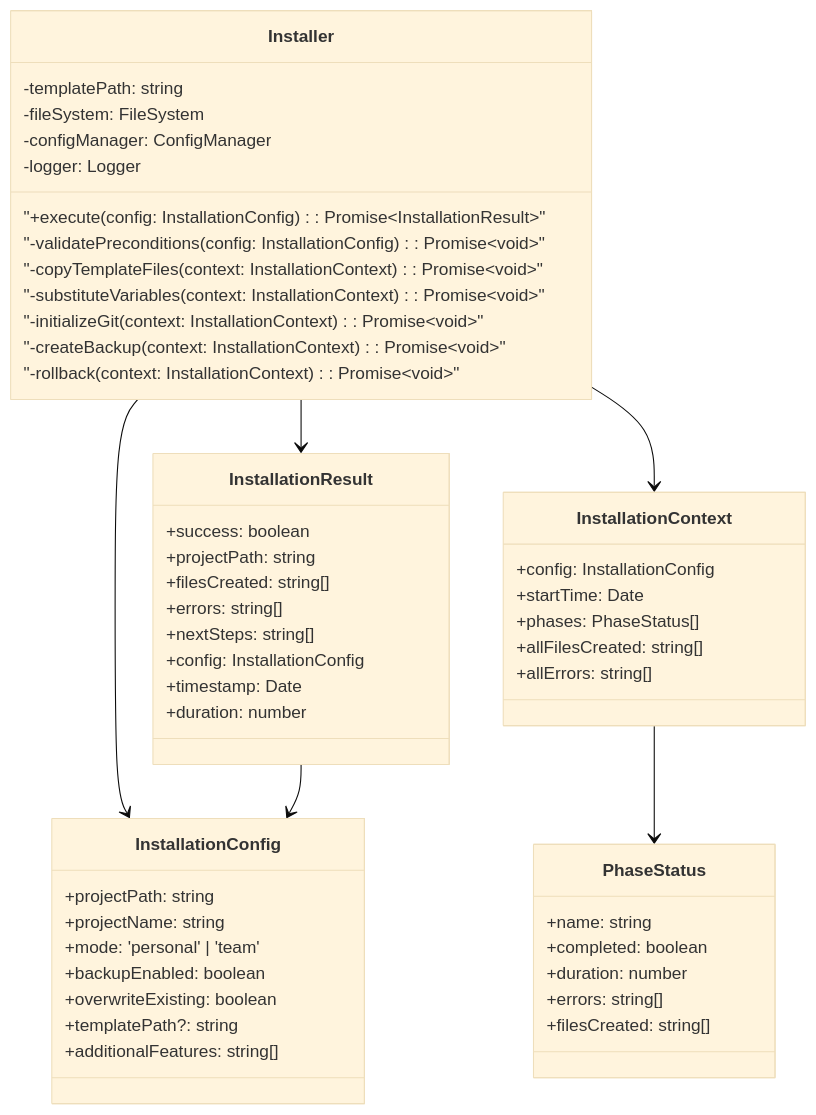
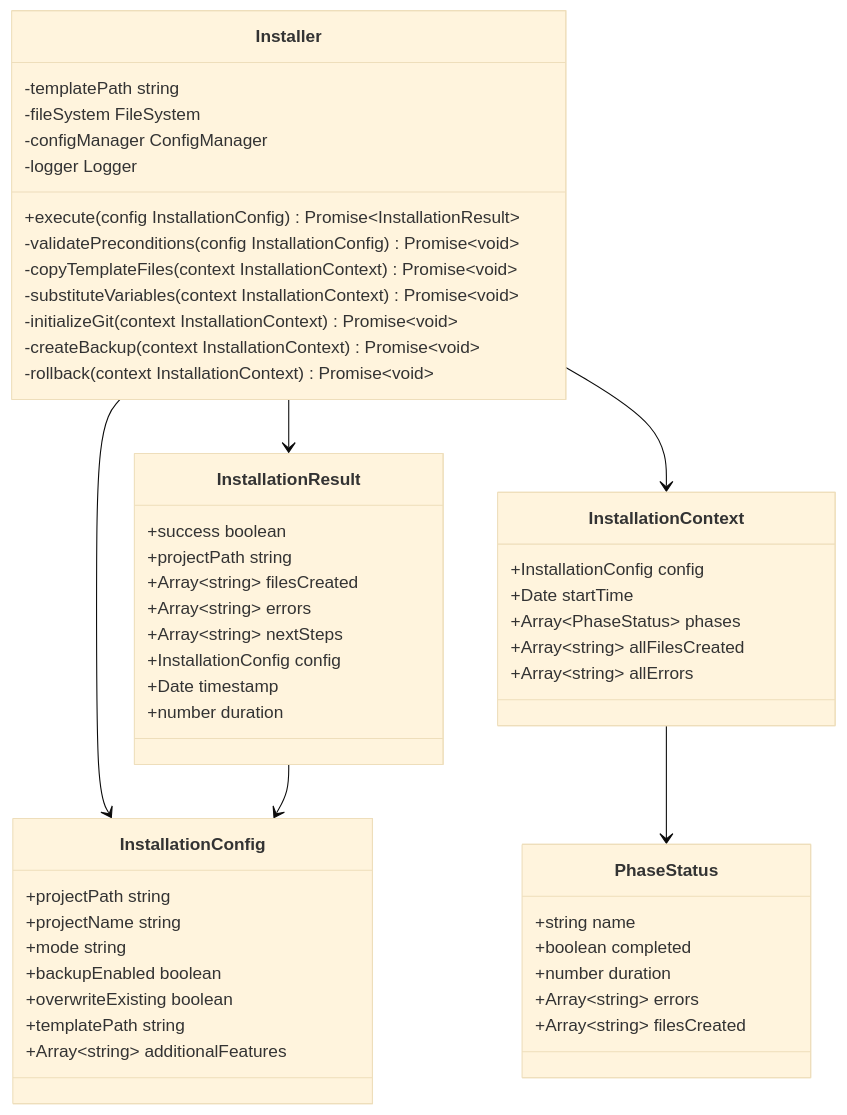
Before and after one commit to modu-ai/moai-adk: the second of 9 diagrams in docs/reference/core-modules.md, drawn with Mermaid (base theme). The commit also changed other lines of this file and 447 other files, not shown here.

````diff
--- a/docs/reference/core-modules.md
+++ b/docs/reference/core-modules.md
@@ -93,59 +93,59 @@
 ```mermaid
 classDiagram
     class Installer {
-        -templatePath: string
-        -fileSystem: FileSystem
-        -configManager: ConfigManager
-        -logger: Logger
-        "+execute(config: InstallationConfig): Promise~InstallationResult~"
-        "-validatePreconditions(config: InstallationConfig): Promise~void~"
-        "-copyTemplateFiles(context: InstallationContext): Promise~void~"
-        "-substituteVariables(context: InstallationContext): Promise~void~"
-        "-initializeGit(context: InstallationContext): Promise~void~"
-        "-createBackup(context: InstallationContext): Promise~void~"
-        "-rollback(context: InstallationContext): Promise~void~"
+        -templatePath string
+        -fileSystem FileSystem
+        -configManager ConfigManager
+        -logger Logger
+        +execute(config InstallationConfig) Promise~InstallationResult~
+        -validatePreconditions(config InstallationConfig) Promise~void~
+        -copyTemplateFiles(context InstallationContext) Promise~void~
+        -substituteVariables(context InstallationContext) Promise~void~
+        -initializeGit(context InstallationContext) Promise~void~
+        -createBackup(context InstallationContext) Promise~void~
+        -rollback(context InstallationContext) Promise~void~
     }
 
     class InstallationConfig {
-        +projectPath: string
-        +projectName: string
-        +mode: 'personal' | 'team'
-        +backupEnabled: boolean
-        +overwriteExisting: boolean
-        +templatePath?: string
-        +additionalFeatures: string[]
+        +projectPath string
+        +projectName string
+        +mode string
+        +backupEnabled boolean
+        +overwriteExisting boolean
+        +templatePath string
+        +Array~string~ additionalFeatures
     }
 
     class InstallationResult {
-        +success: boolean
-        +projectPath: string
-        +filesCreated: string[]
-        +errors: string[]
-        +nextSteps: string[]
-        +config: InstallationConfig
-        +timestamp: Date
-        +duration: number
+        +success boolean
+        +projectPath string
+        +Array~string~ filesCreated
+        +Array~string~ errors
+        +Array~string~ nextSteps
+        +InstallationConfig config
+        +Date timestamp
+        +number duration
     }
 
     class InstallationContext {
-        +config: InstallationConfig
-        +startTime: Date
-        +phases: PhaseStatus[]
-        +allFilesCreated: string[]
-        +allErrors: string[]
+        +InstallationConfig config
+        +Date startTime
+        +Array~PhaseStatus~ phases
+        +Array~string~ allFilesCreated
+        +Array~string~ allErrors
     }
 
     class PhaseStatus {
-        +name: string
-        +completed: boolean
-        +duration: number
-        +errors: string[]
-        +filesCreated: string[]
+        +string name
+        +boolean completed
+        +number duration
+        +Array~string~ errors
+        +Array~string~ filesCreated
     }
 
     Installer --> InstallationConfig
     Installer --> InstallationResult
     Installer --> InstallationContext
     InstallationContext --> PhaseStatus
     InstallationResult --> InstallationConfig
 ```
````
